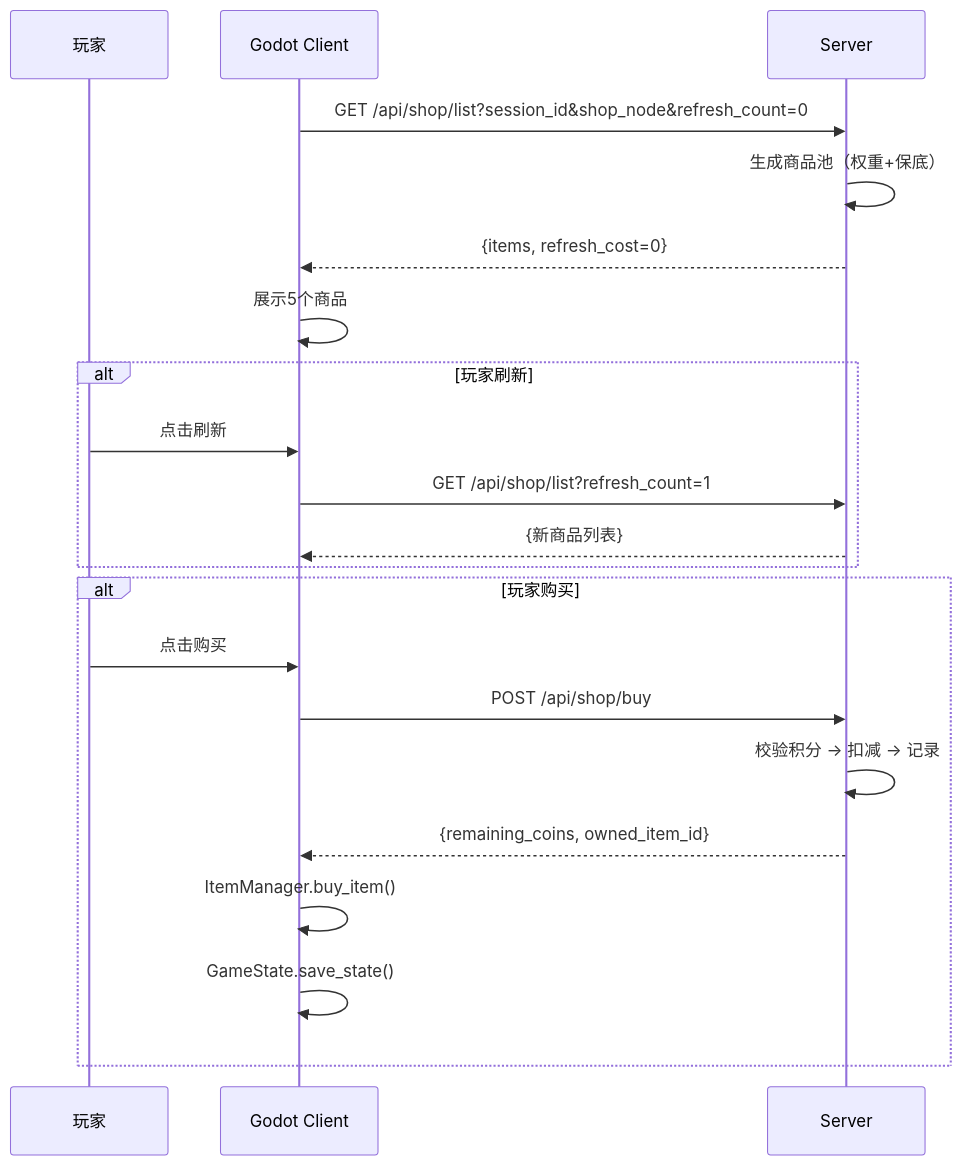
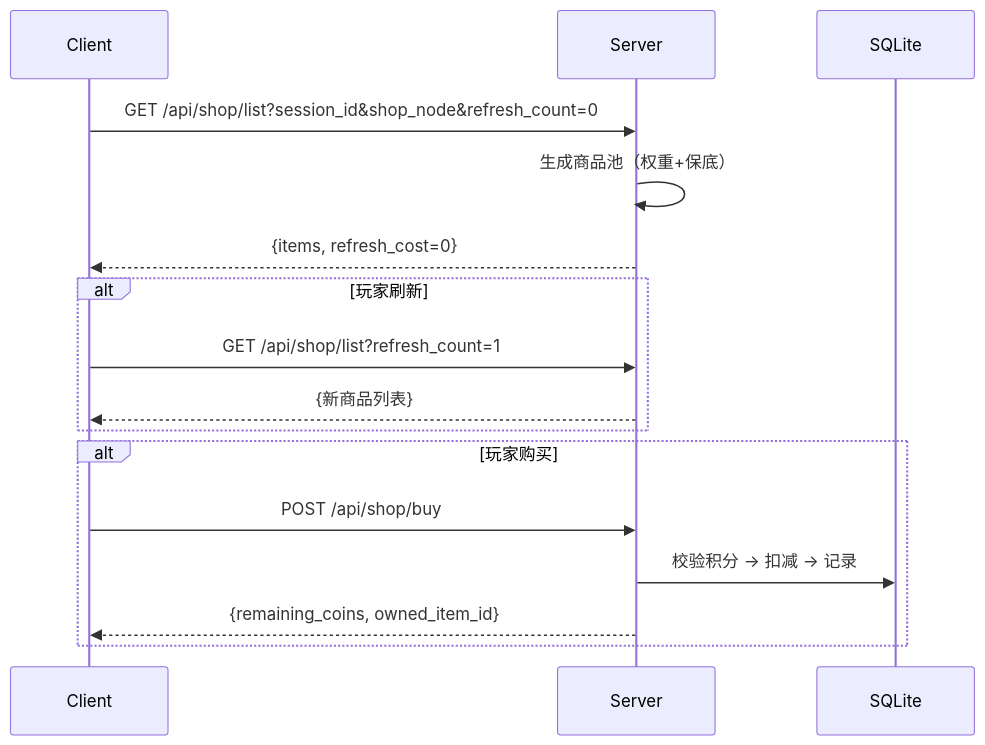
One commit to Lwin993/my-poker-roguelike changed the fourth of 8 diagrams in docs/poker_roguelike_tech_spec.md. Above: the diagram before and after it, drawn with Mermaid. The commit also changed other lines of this file and 62 other files, not shown here.

````diff
--- a/docs/poker_roguelike_tech_spec.md
+++ b/docs/poker_roguelike_tech_spec.md
@@ -1919,26 +1121,21 @@
 ```mermaid
 sequenceDiagram
-    participant P as 玩家
-    participant G as Godot Client
+    participant C as Client
     participant S as Server
-    
-    G->>S: GET /api/shop/list?session_id&shop_node&refresh_count=0
+    participant DB as SQLite
+
+    C->>S: GET /api/shop/list?session_id&shop_node&refresh_count=0
     S->>S: 生成商品池（权重+保底）
-    S-->>G: {items, refresh_cost=0}
-    G->>G: 展示5个商品
-    
+    S-->>C: {items, refresh_cost=0}
+
     alt 玩家刷新
-        P->>G: 点击刷新
-        G->>S: GET /api/shop/list?refresh_count=1
-        S-->>G: {新商品列表}
+        C->>S: GET /api/shop/list?refresh_count=1
+        S-->>C: {新商品列表}
     end
-    
+
     alt 玩家购买
-        P->>G: 点击购买
-        G->>S: POST /api/shop/buy
-        S->>S: 校验积分 → 扣减 → 记录
-        S-->>G: {remaining_coins, owned_item_id}
-        G->>G: ItemManager.buy_item()
-        G->>G: GameState.save_state()
+        C->>S: POST /api/shop/buy
+        S->>DB: 校验积分 → 扣减 → 记录
+        S-->>C: {remaining_coins, owned_item_id}
     end
 ```
````
